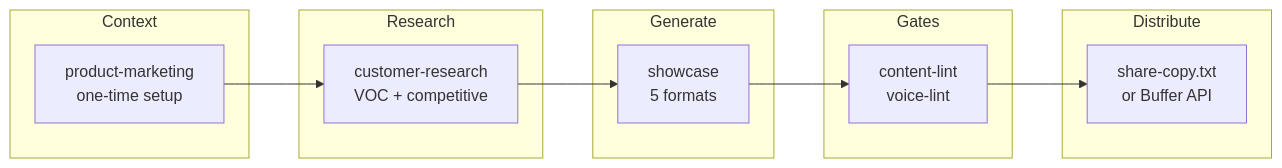
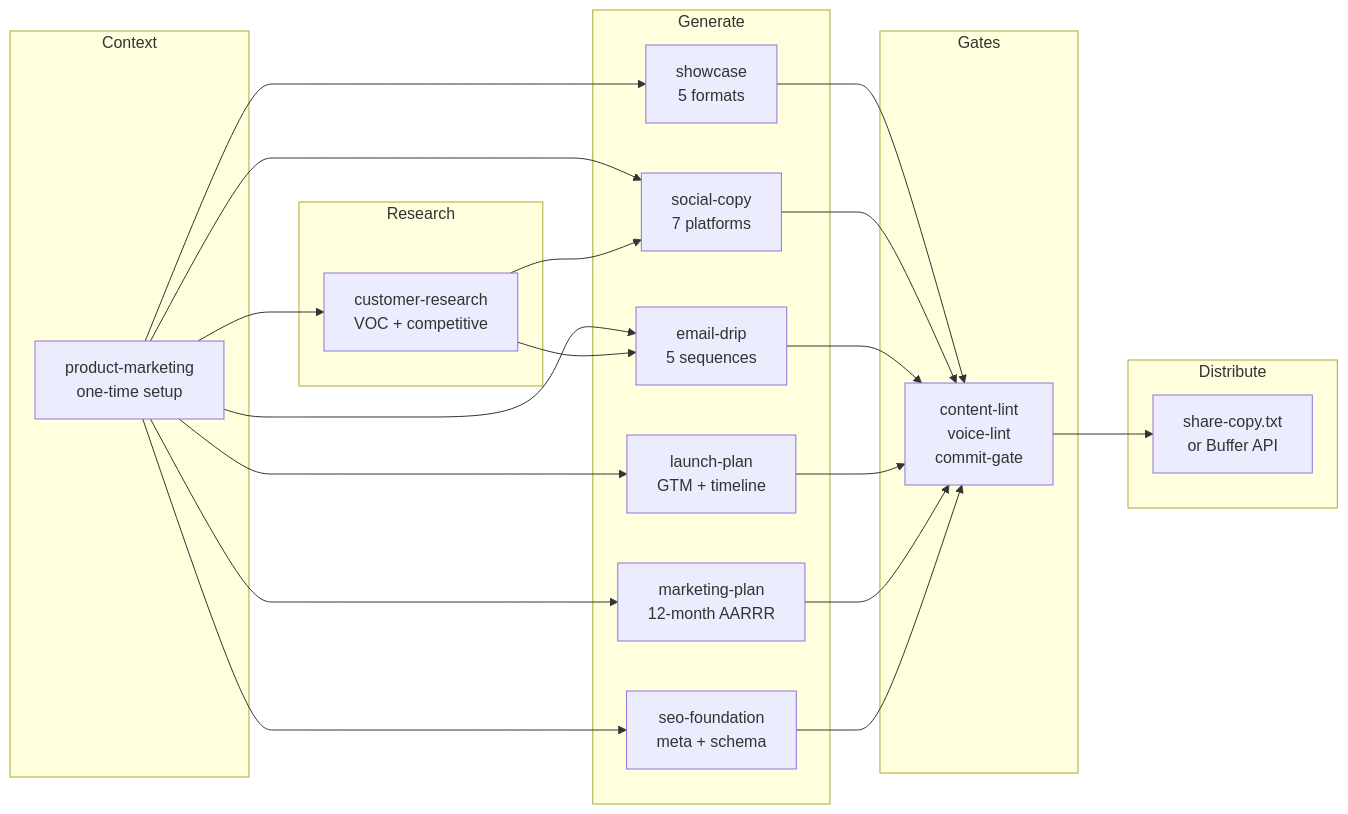
The second of 2 diagrams in README.md (juandelossantos/another-marketing-skills), drawn with Mermaid before and after one commit. The commit also changed other lines of this file and 1 other file, not shown here.

````diff
--- a/README.md
+++ b/README.md
@@ -86,20 +93,28 @@
 ```mermaid
 flowchart LR
     subgraph Context
         C[product-marketing<br/>one-time setup]
     end
     subgraph Research
         R[customer-research<br/>VOC + competitive]
     end
     subgraph Generate
         SC[showcase<br/>5 formats]
+        SOC[social-copy<br/>7 platforms]
+        EM[email-drip<br/>5 sequences]
+        LP[launch-plan<br/>GTM + timeline]
+        MP[marketing-plan<br/>12-month AARRR]
+        SEO[seo-foundation<br/>meta + schema]
     end
     subgraph Gates
-        G1[content-lint<br/>voice-lint]
+        G1[content-lint<br/>voice-lint<br/>commit-gate]
     end
     subgraph Distribute
         D[share-copy.txt<br/>or Buffer API]
     end
 
-    C --> R --> SC --> G1 --> D
+    C --> R
+    C --> SC & SOC & EM & LP & MP & SEO
+    R --> SOC & EM
+    SC & SOC & EM & LP & MP & SEO --> G1 --> D
 ```
````
